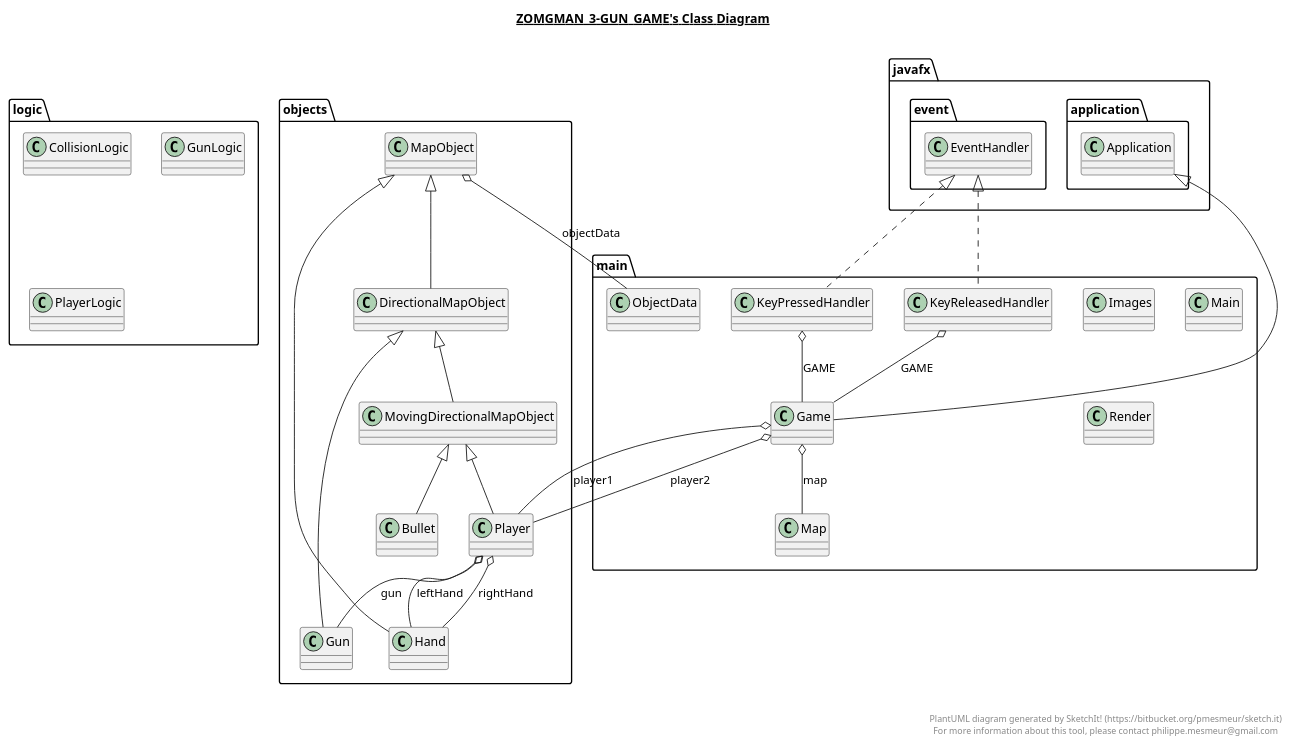
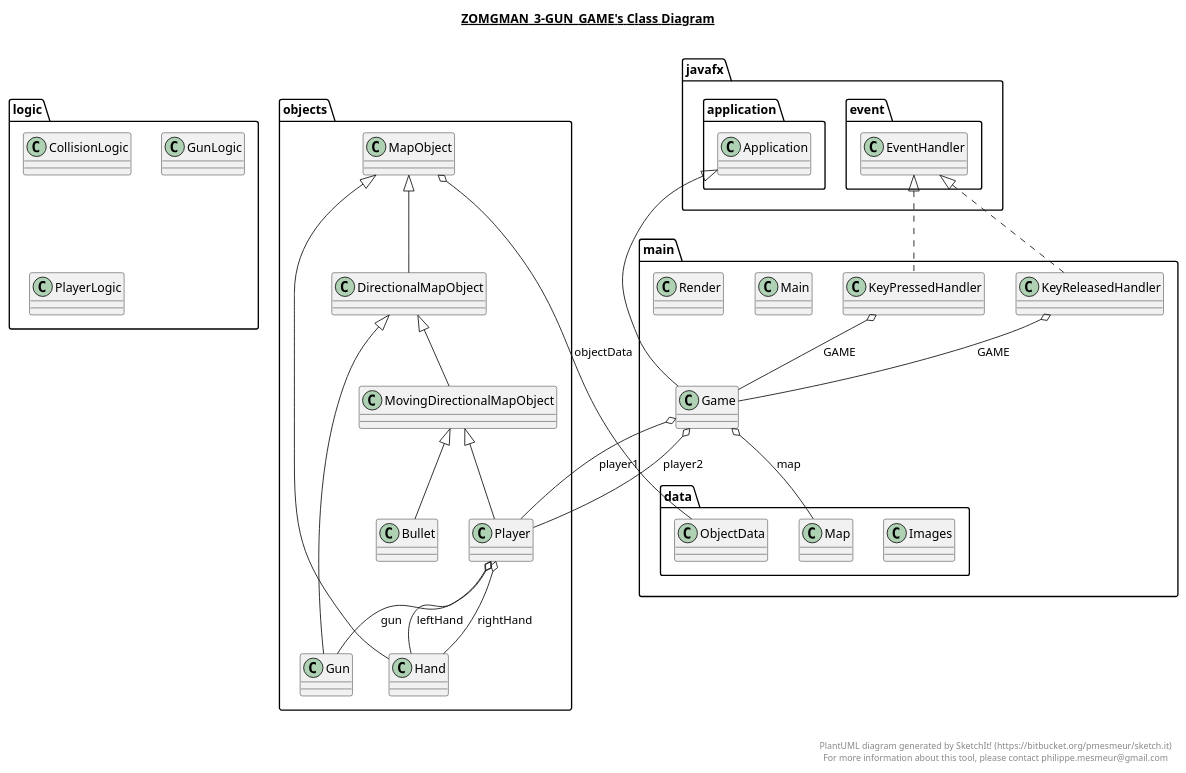
Before and after one commit to spaceface2121/Zomgman_3-Gun_Game: the diagram in unfucked zomgman.plantuml, drawn with PlantUML. The commit also changed 17 other files, not shown here.

Commit message:
uml diagrams

```diff
--- a/unfucked zomgman.plantuml
+++ b/unfucked zomgman.plantuml
@@ -1,140 +1,140 @@
 @startuml
 
 title __ZOMGMAN_3-GUN_GAME's Class Diagram__\n
 
   namespace logic {
     class logic.CollisionLogic {
     }
   }
   
 
   namespace logic {
     class logic.GunLogic {
     }
   }
   
 
   namespace logic {
     class logic.PlayerLogic {
     }
   }
   
 
   namespace main {
     class main.Game {
     }
   }
   
 
   namespace main {
-    class main.Images {
+    class main.data.Images {
     }
   }
   
 
   namespace main {
     class main.KeyPressedHandler {
     }
   }
   
 
   namespace main {
     class main.KeyReleasedHandler {
     }
   }
   
 
   namespace main {
     class main.Main {
     }
   }
   
 
   namespace main {
-    class main.Map {
+    class main.data.Map {
     }
   }
   
 
   namespace main {
-    class main.ObjectData {
+    class main.data.ObjectData {
     }
   }
   
 
   namespace main {
     class main.Render {
     }
   }
   
 
   namespace objects {
     class objects.Bullet {
     }
   }
   
 
   namespace objects {
     class objects.DirectionalMapObject {
     }
   }
   
 
   namespace objects {
     class objects.Gun {
     }
   }
   
 
   namespace objects {
     class objects.Hand {
     }
   }
   
 
   namespace objects {
     class objects.MapObject {
     }
   }
   
 
   namespace objects {
     class objects.MovingDirectionalMapObject {
     }
   }
   
 
   namespace objects {
     class objects.Player {
     }
   }
   
 
   main.Game -up-|> javafx.application.Application
-  main.Game o-- main.Map : map
+  main.Game o-- main.data.Map : map
   main.Game o-- objects.Player : player1
   main.Game o-- objects.Player : player2
   main.KeyPressedHandler .up.|> javafx.event.EventHandler
   main.KeyPressedHandler o-- main.Game : GAME
   main.KeyReleasedHandler .up.|> javafx.event.EventHandler
   main.KeyReleasedHandler o-- main.Game : GAME
   objects.Bullet -up-|> objects.MovingDirectionalMapObject
   objects.DirectionalMapObject -up-|> objects.MapObject
   objects.Gun -up-|> objects.DirectionalMapObject
   objects.Hand -up-|> objects.MapObject
-  objects.MapObject o-- main.ObjectData : objectData
+  objects.MapObject o-- main.data.ObjectData : objectData
   objects.MovingDirectionalMapObject -up-|> objects.DirectionalMapObject
   objects.Player -up-|> objects.MovingDirectionalMapObject
   objects.Player o-- objects.Gun : gun
   objects.Player o-- objects.Hand : leftHand
   objects.Player o-- objects.Hand : rightHand
 
 
 right footer
 
 
 PlantUML diagram generated by SketchIt! (https://bitbucket.org/pmesmeur/sketch.it)
 For more information about this tool, please contact philippe.mesmeur@gmail.com
 endfooter
 
 @enduml
```
